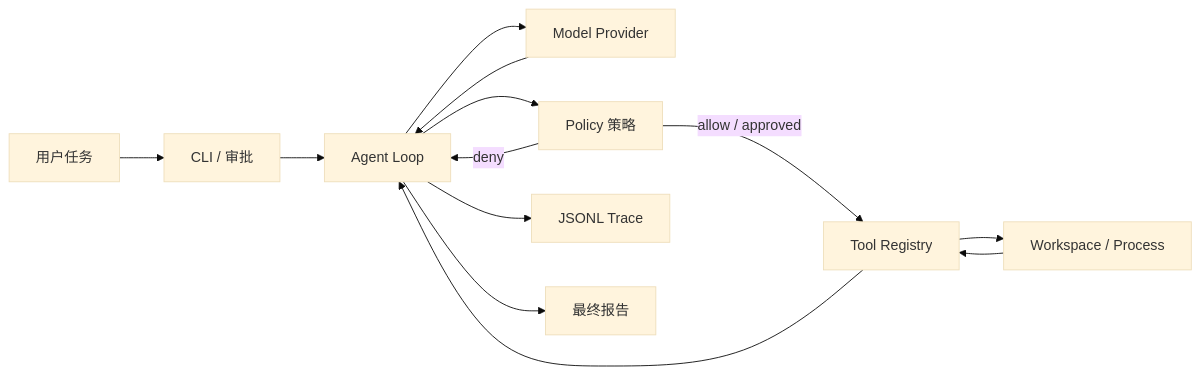
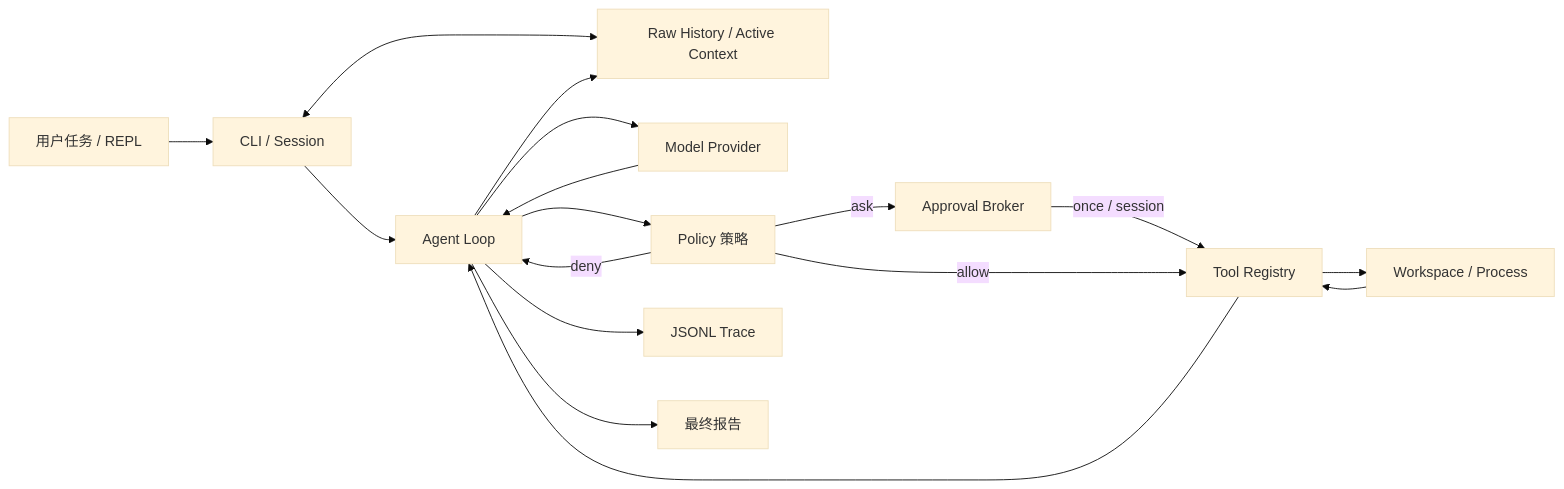
Before and after one commit to Huang1Hx/pi-claw: the diagram in docs/ARCHITECTURE.md, drawn with Mermaid (base theme). The commit also changed other lines of this file and 15 other files, not shown here.

````diff
--- a/docs/ARCHITECTURE.md
+++ b/docs/ARCHITECTURE.md
@@ -8,15 +8,19 @@
 ```mermaid
 flowchart LR
-    U["用户任务"] --> C["CLI / 审批"]
+    U["用户任务 / REPL"] --> C["CLI / Session"]
+    C <--> X["Raw History / Active Context"]
     C --> A["Agent Loop"]
     A --> M["Model Provider"]
     M --> A
     A --> P["Policy 策略"]
-    P -->|allow / approved| T["Tool Registry"]
+    P -->|ask| B["Approval Broker"]
+    B -->|once / session| T["Tool Registry"]
+    P -->|allow| T
     P -->|deny| A
     T --> W["Workspace / Process"]
     W --> T
     T --> A
     A --> E["JSONL Trace"]
     A --> R["最终报告"]
+    A --> X
 ```
````
